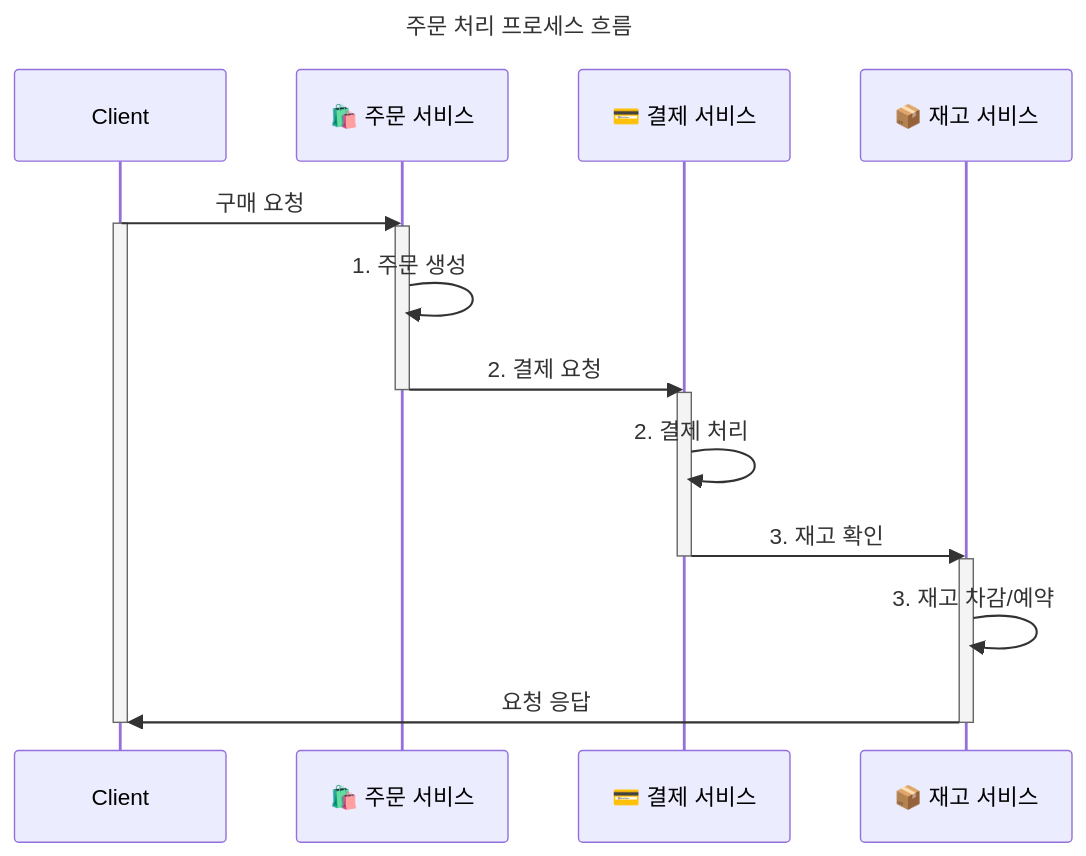
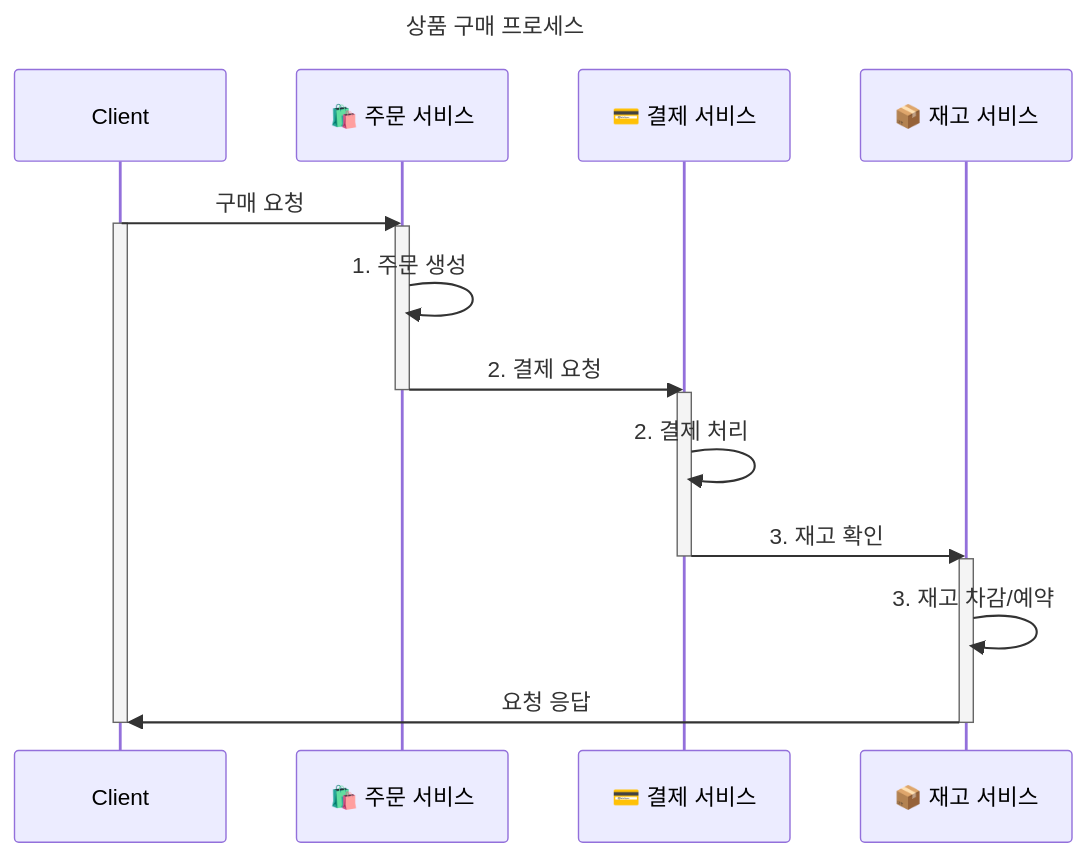
Before and after one commit to kimjunyoung90/saga-examples: the diagram in README.md, drawn with Mermaid.

Commit message:
docs: project root readme 파일 수정

````diff
--- a/README.md
+++ b/README.md
@@ -21,30 +21,30 @@
 ```mermaid
 sequenceDiagram
     participant Client
     participant OS as 🛍️ 주문 서비스
     participant PS as 💳 결제 서비스
     participant IS as 📦 재고 서비스
 
-    title 주문 처리 프로세스 흐름
+    title 상품 구매 프로세스
 
     %% --- 성공 흐름 (왼쪽) ---
         Client->> OS: 구매 요청
         activate Client
     
         activate OS
         OS->>OS: 1. 주문 생성
         OS->>PS: 2. 결제 요청
         deactivate OS
         
         activate PS
         PS->>PS: 2. 결제 처리
         PS->>IS: 3. 재고 확인
         deactivate PS
         
         activate IS
         IS->>IS: 3. 재고 차감/예약
         IS->>Client: 요청 응답
         deactivate IS
         
         deactivate Client
 ```
````
